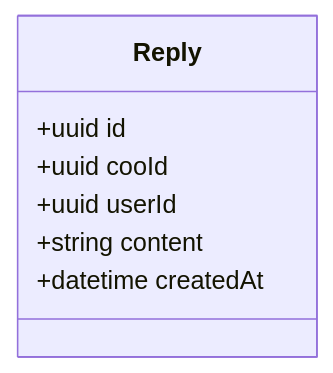
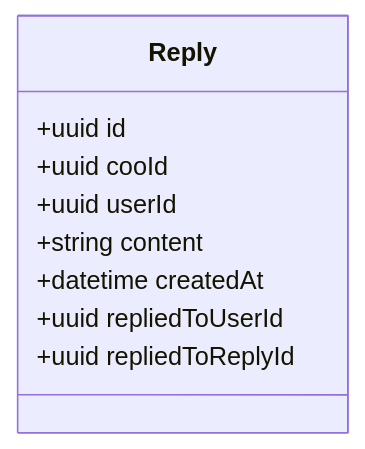
The third of 6 diagrams in poc/README.md (xshcoder/coo), drawn with Mermaid before and after one commit. The commit also changed other lines of this file, not shown here.

````diff
--- a/poc/README.md
+++ b/poc/README.md
@@ -121,10 +127,12 @@
 ```mermaid
 classDiagram
     class Reply {
         +uuid id
         +uuid cooId
         +uuid userId
         +string content
         +datetime createdAt
+        +uuid repliedToUserId
+        +uuid repliedToReplyId
     }
 ```
````
